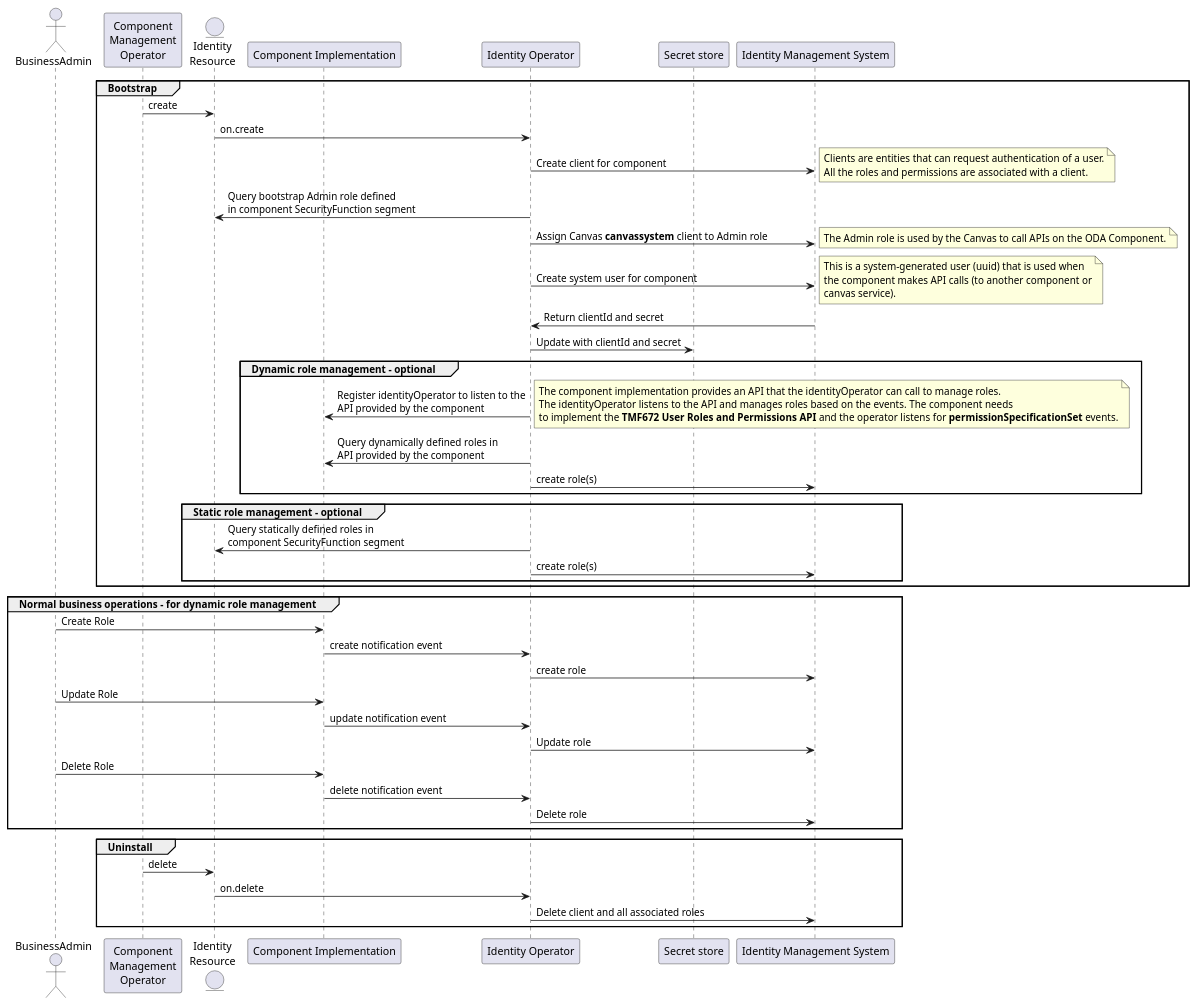
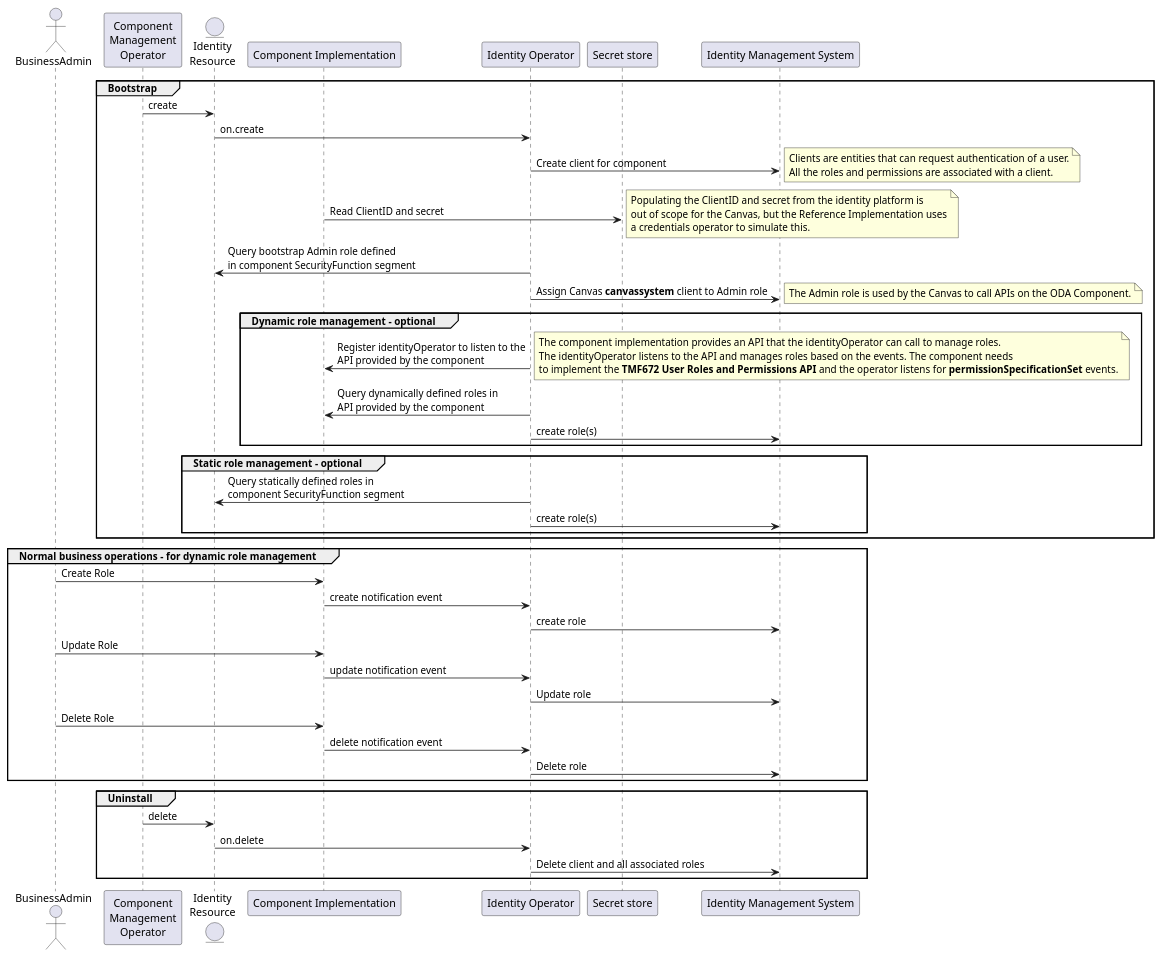
The diagram in usecase-library/pumlFiles/configure-users-and-roles.puml (tmforum-oda/oda-canvas), drawn with PlantUML before and after one commit.

Commit message:
Update UC005 puml

```diff
--- a/usecase-library/pumlFiles/configure-users-and-roles.puml
+++ b/usecase-library/pumlFiles/configure-users-and-roles.puml
@@ -1,70 +1,68 @@
 @startuml
 
 actor BusinessAdmin
 participant "Component\nManagement\nOperator" as ComponentOperator
 entity "Identity\nResource" as IdentityResource
 participant "Component Implementation" as ComponentImplementation
 participant "Identity Operator" as identityOperator
 participant "Secret store" as SecretStore
 participant "Identity Management System" as IDM
 
 group Bootstrap
 IdentityResource <- ComponentOperator : create
 
 IdentityResource -> identityOperator: on.create 
 identityOperator -> IDM: Create client for component
 note right
     Clients are entities that can request authentication of a user.
     All the roles and permissions are associated with a client.
 end note
 
+ComponentImplementation -> SecretStore: Read ClientID and secret
+note right
+    Populating the ClientID and secret from the identity platform is
+    out of scope for the Canvas, but the Reference Implementation uses
+    a credentials operator to simulate this.
+end note
+
 identityOperator -> IdentityResource : Query bootstrap Admin role defined\nin component SecurityFunction segment
 identityOperator -> IDM: Assign Canvas **canvassystem** client to Admin role
 note right
     The Admin role is used by the Canvas to call APIs on the ODA Component.
 end note
-
-identityOperator -> IDM: Create system user for component
-note right
-    This is a system-generated user (uuid) that is used when
-    the component makes API calls (to another component or
-    canvas service).
-end note
-identityOperator <- IDM: Return clientId and secret
-identityOperator -> SecretStore: Update with clientId and secret
 
 group Dynamic role management - optional
     identityOperator -> ComponentImplementation: Register identityOperator to listen to the\nAPI provided by the component
     note right
         The component implementation provides an API that the identityOperator can call to manage roles.
         The identityOperator listens to the API and manages roles based on the events. The component needs
         to implement the **TMF672 User Roles and Permissions API** and the operator listens for **permissionSpecificationSet** events.
     end note
     identityOperator -> ComponentImplementation: Query dynamically defined roles in\nAPI provided by the component
     identityOperator -> IDM: create role(s)
 end 
 group Static role management - optional
     identityOperator -> IdentityResource: Query statically defined roles in\ncomponent SecurityFunction segment
     identityOperator -> IDM: create role(s)
 end 
 
 end 
 group Normal business operations - for dynamic role management
     BusinessAdmin -> ComponentImplementation: Create Role
     ComponentImplementation-> identityOperator: create notification event
     identityOperator -> IDM: create role
     BusinessAdmin -> ComponentImplementation: Update Role
     ComponentImplementation-> identityOperator: update notification event
     identityOperator -> IDM: Update role
     BusinessAdmin -> ComponentImplementation: Delete Role
     ComponentImplementation-> identityOperator: delete notification event
     identityOperator -> IDM: Delete role
 end
 
 group Uninstall
     ComponentOperator -> IdentityResource  : delete
     IdentityResource -> identityOperator: on.delete 
     identityOperator -> IDM: Delete client and all associated roles  
 end
 
 @enduml
```
